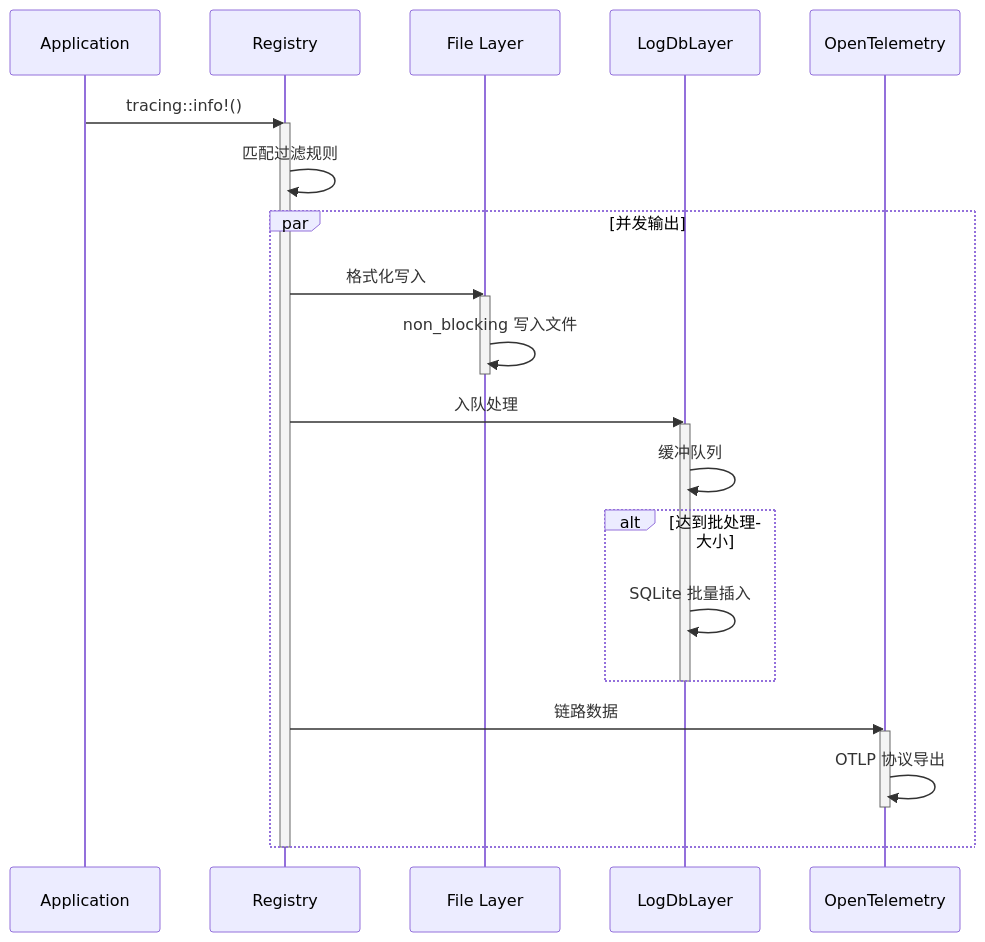
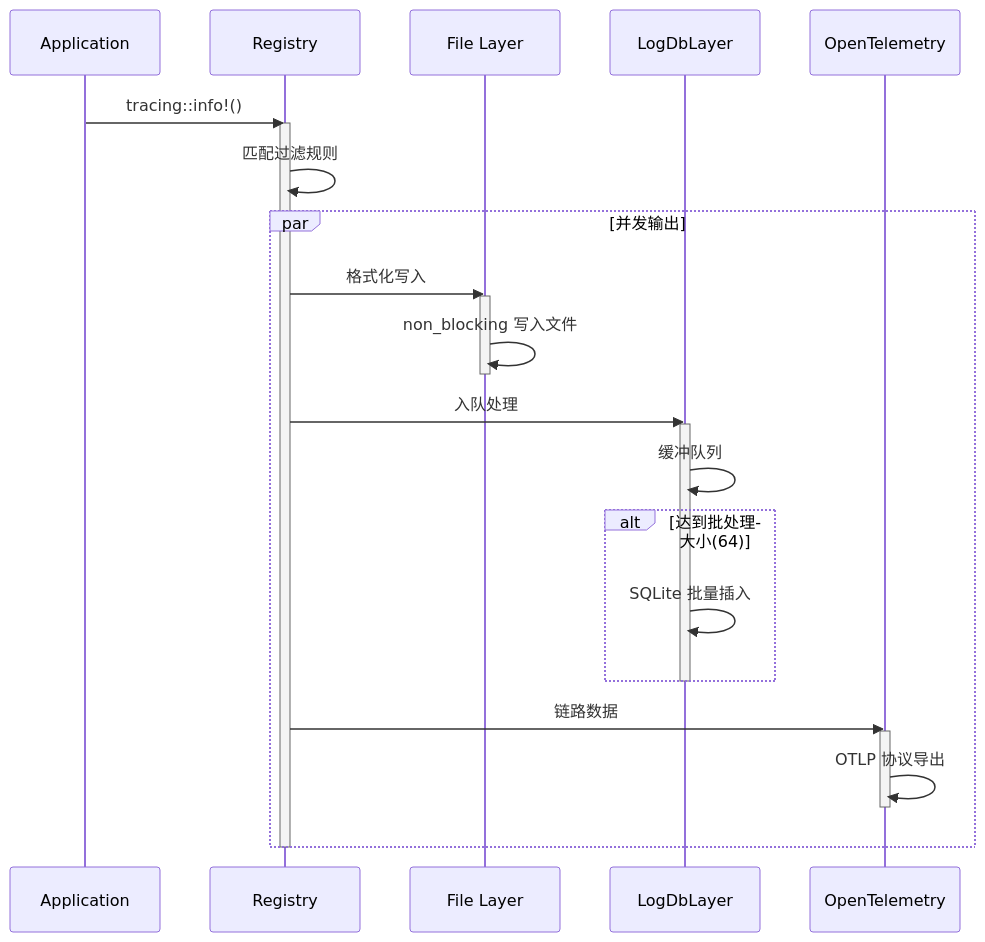
The second of 7 diagrams in docs/codex/12-codex-logging.md (giraffe-tree/agent-base), drawn with Mermaid before and after one commit. The commit also changed other lines of this file and 155 other files, not shown here.

````diff
--- a/docs/codex/12-codex-logging.md
+++ b/docs/codex/12-codex-logging.md
@@ -318,35 +411,35 @@
 ```mermaid
 sequenceDiagram
     participant App as Application
     participant R as Registry
     participant F as File Layer
     participant S as LogDbLayer
     participant O as OpenTelemetry
 
     App->>R: tracing::info!()
     activate R
 
     R->>R: 匹配过滤规则
 
     par 并发输出
         R->>F: 格式化写入
         activate F
         F->>F: non_blocking 写入文件
         deactivate F
 
         R->>S: 入队处理
         activate S
         S->>S: 缓冲队列
-        alt 达到批处理大小
+        alt 达到批处理大小(64)
             S->>S: SQLite 批量插入
         end
         deactivate S
 
         R->>O: 链路数据
         activate O
         O->>O: OTLP 协议导出
         deactivate O
     end
 
     deactivate R
 ```
````
